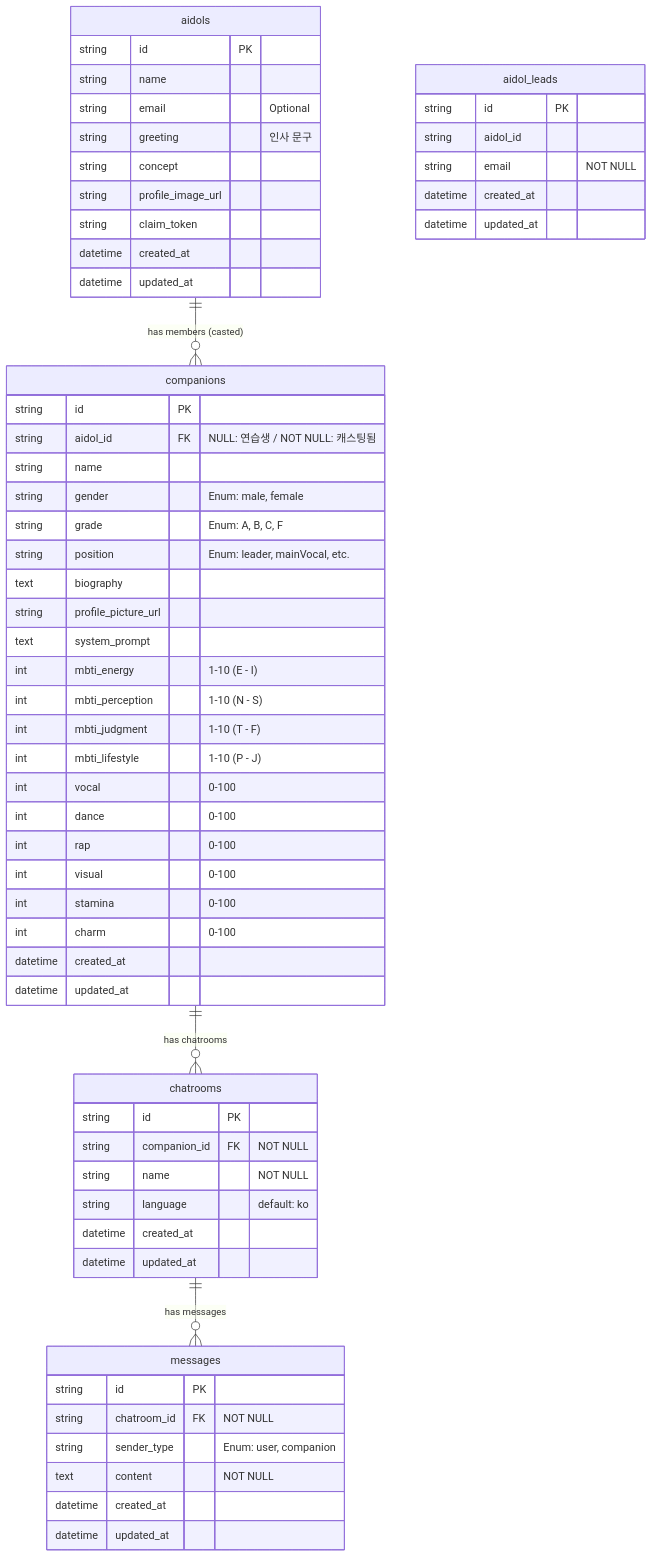
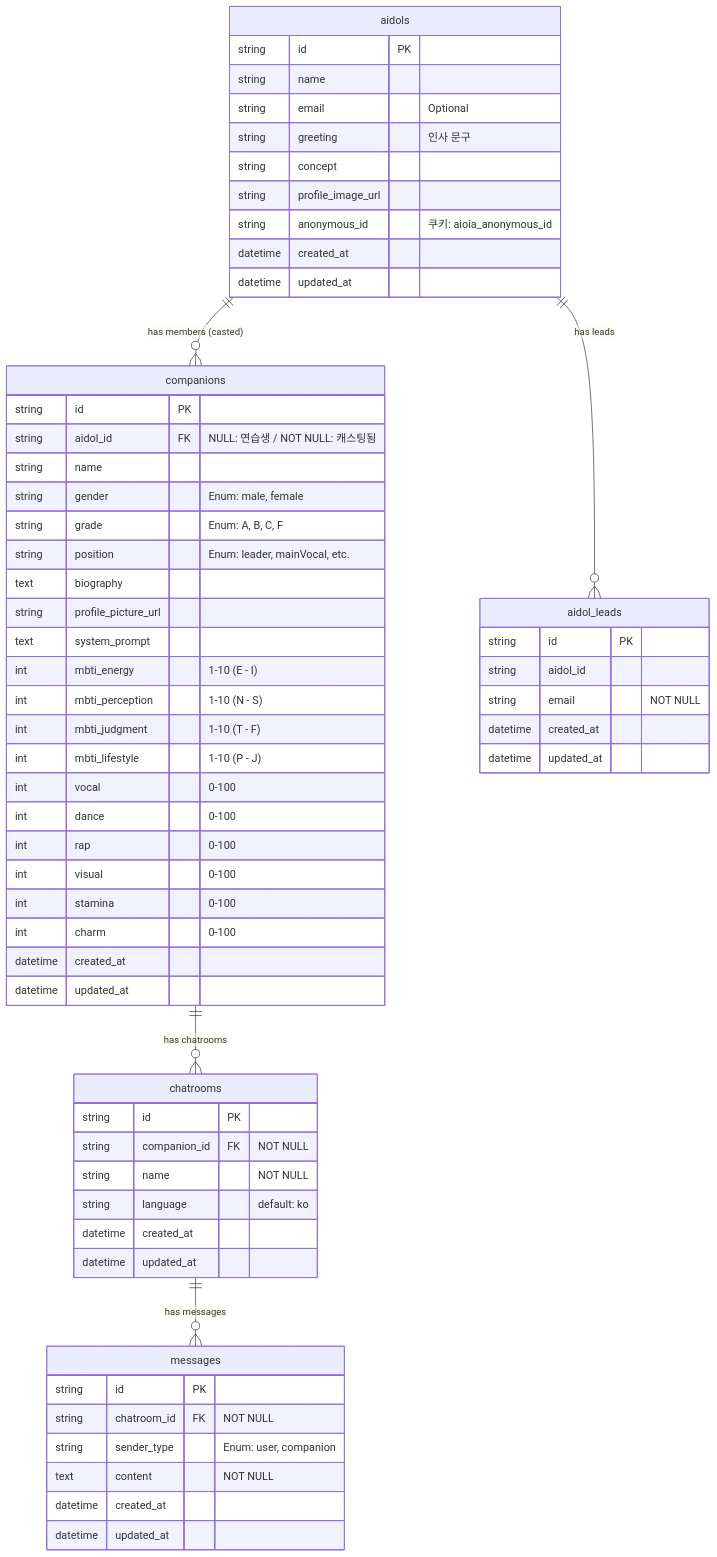
The diagram in 04_development/erd/aidol-erd.md (algorima/aidol-docs), drawn with Mermaid before and after one commit. The commit also changed other lines of this file and 8 other files, not shown here.

````diff
--- a/04_development/erd/aidol-erd.md
+++ b/04_development/erd/aidol-erd.md
@@ -9,68 +9,69 @@
 ```mermaid
 erDiagram
     aidols ||--o{ companions : "has members (casted)"
     companions ||--o{ chatrooms : "has chatrooms"
     chatrooms ||--o{ messages : "has messages"
+    aidols ||--o{ aidol_leads : "has leads"
 
     aidols {
         string id PK
         string name
         string email "Optional"
         string greeting "인사 문구"
         string concept
         string profile_image_url
-        string claim_token
+        string anonymous_id "쿠키: aioia_anonymous_id"
         datetime created_at
         datetime updated_at
     }
 
     companions {
         string id PK
         string aidol_id FK "NULL: 연습생 / NOT NULL: 캐스팅됨"
         string name
         string gender "Enum: male, female"
         string grade "Enum: A, B, C, F"
         string position "Enum: leader, mainVocal, etc."
         text biography
         string profile_picture_url
         text system_prompt
         int mbti_energy "1-10 (E - I)"
         int mbti_perception "1-10 (N - S)"
         int mbti_judgment "1-10 (T - F)"
         int mbti_lifestyle "1-10 (P - J)"
         int vocal "0-100"
         int dance "0-100"
         int rap "0-100"
         int visual "0-100"
         int stamina "0-100"
         int charm "0-100"
         datetime created_at
         datetime updated_at
     }
 
     chatrooms {
         string id PK
         string companion_id FK "NOT NULL"
         string name "NOT NULL"
         string language "default: ko"
         datetime created_at
         datetime updated_at
     }
 
     messages {
         string id PK
         string chatroom_id FK "NOT NULL"
         string sender_type "Enum: user, companion"
         text content "NOT NULL"
         datetime created_at
         datetime updated_at
     }
 
     aidol_leads {
         string id PK
         string aidol_id
         string email "NOT NULL"
         datetime created_at
         datetime updated_at
     }
 ```
````
